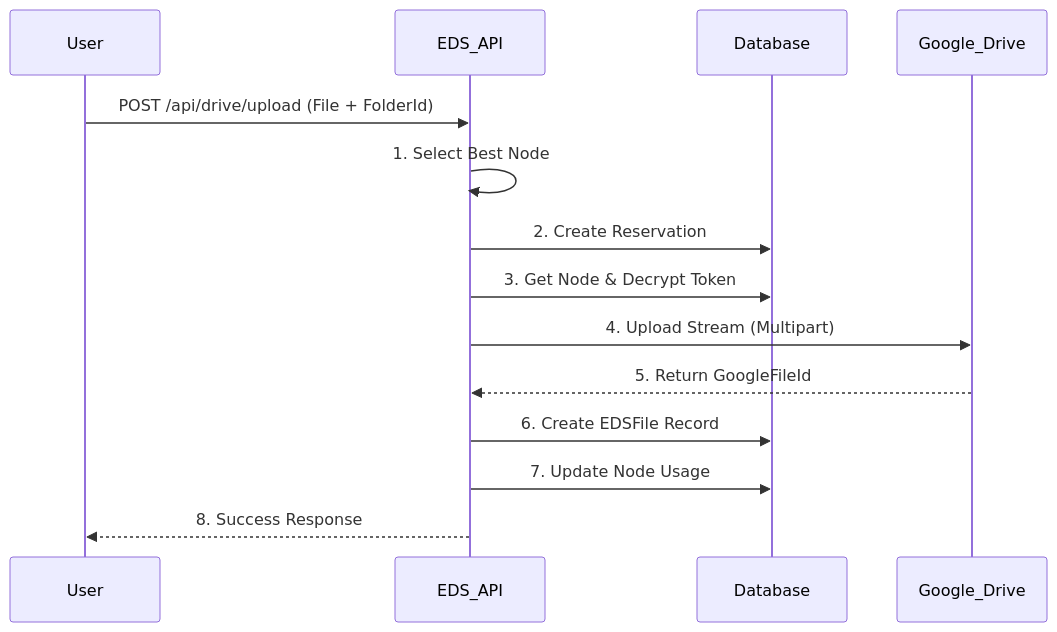
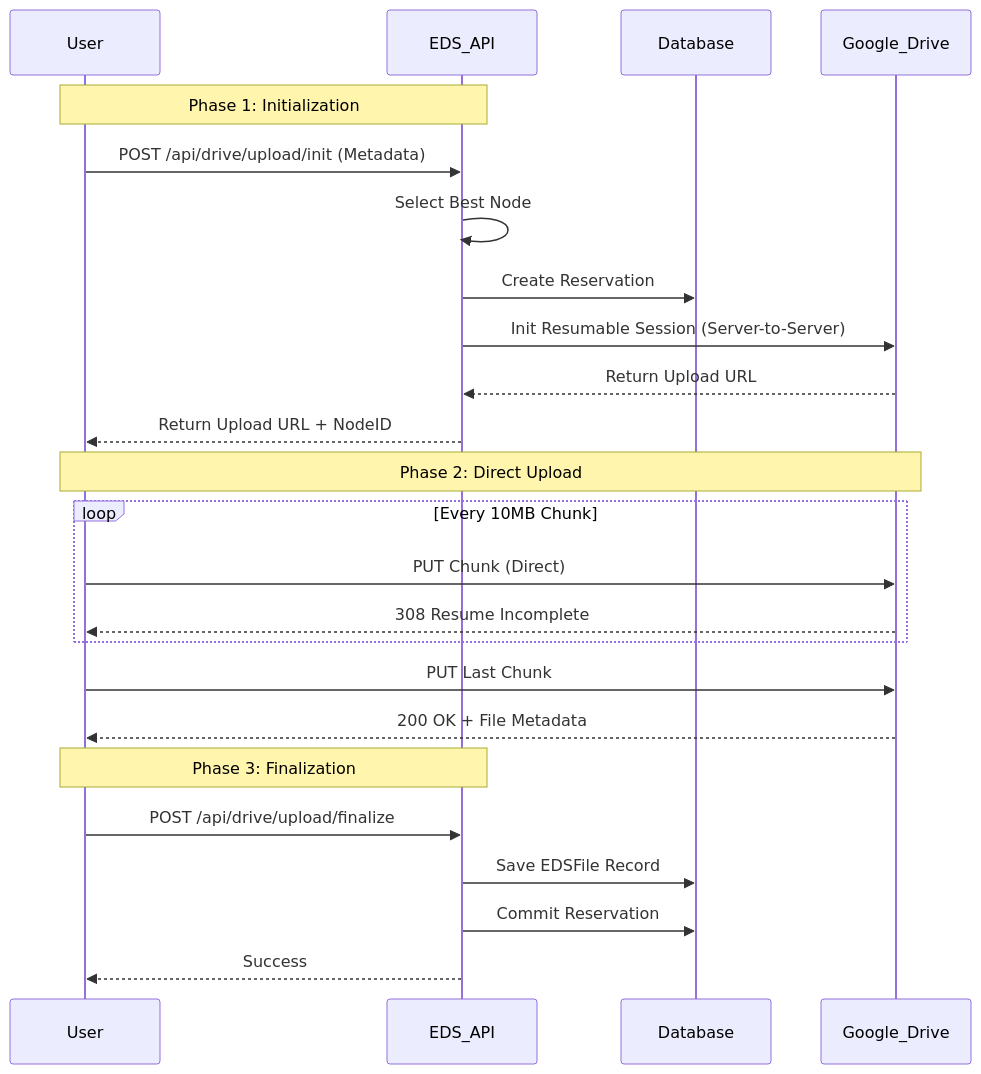
Before and after one commit to EgiStr/portofolio: the diagram in apps/eds/docs/business_logic.md, drawn with Mermaid. The commit also changed other lines of this file and 5 other files, not shown here.

Commit message:
feat(eds): add chunk upload to support uploadfile >1gb up to 5tb

````diff
--- a/apps/eds/docs/business_logic.md
+++ b/apps/eds/docs/business_logic.md
@@ -35,17 +49,29 @@
 ```mermaid
 sequenceDiagram
     participant User
     participant EDS_API
     participant Database
     participant Google_Drive
 
-    User->>EDS_API: POST /api/drive/upload (File + FolderId)
-    EDS_API->>EDS_API: 1. Select Best Node
-    EDS_API->>Database: 2. Create Reservation
-    EDS_API->>Database: 3. Get Node & Decrypt Token
-    EDS_API->>Google_Drive: 4. Upload Stream (Multipart)
-    Google_Drive-->>EDS_API: 5. Return GoogleFileId
-    EDS_API->>Database: 6. Create EDSFile Record
-    EDS_API->>Database: 7. Update Node Usage
-    EDS_API-->>User: 8. Success Response
+    Note over User, EDS_API: Phase 1: Initialization
+    User->>EDS_API: POST /api/drive/upload/init (Metadata)
+    EDS_API->>EDS_API: Select Best Node
+    EDS_API->>Database: Create Reservation
+    EDS_API->>Google_Drive: Init Resumable Session (Server-to-Server)
+    Google_Drive-->>EDS_API: Return Upload URL
+    EDS_API-->>User: Return Upload URL + NodeID
+
+    Note over User, Google_Drive: Phase 2: Direct Upload
+    loop Every 10MB Chunk
+        User->>Google_Drive: PUT Chunk (Direct)
+        Google_Drive-->>User: 308 Resume Incomplete
+    end
+    User->>Google_Drive: PUT Last Chunk
+    Google_Drive-->>User: 200 OK + File Metadata
+
+    Note over User, EDS_API: Phase 3: Finalization
+    User->>EDS_API: POST /api/drive/upload/finalize
+    EDS_API->>Database: Save EDSFile Record
+    EDS_API->>Database: Commit Reservation
+    EDS_API-->>User: Success
 ```
````
